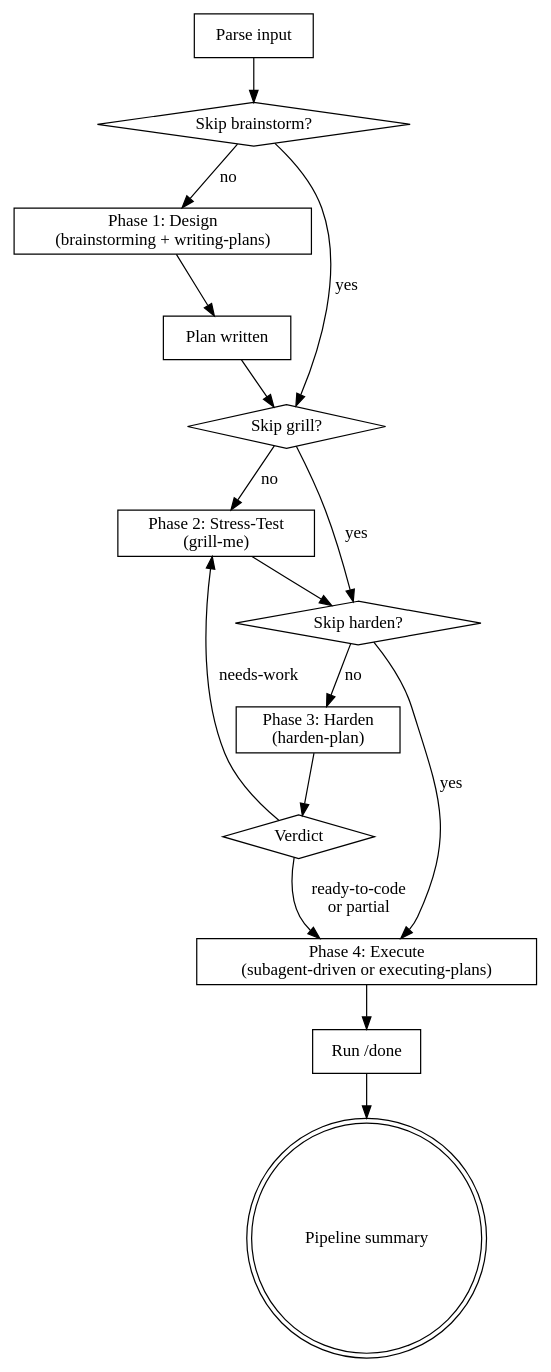
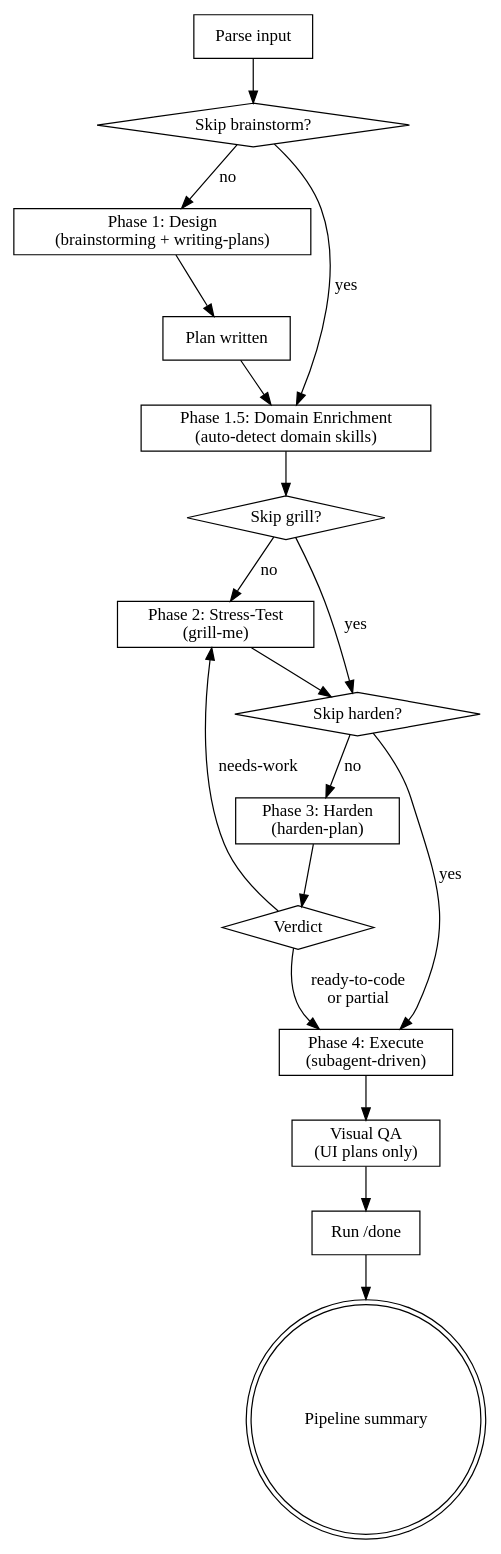
The diagram in skills/forge-plan/SKILL.md (bhagyamudgal/skills), drawn with Graphviz before and after one commit. The commit also changed other lines of this file and 2 other files, not shown here.

First line of the commit message:
feat(forge-plan): auto-flow transitions, domain enrichment, visual QA, AskUserQuestion enforcement

````diff
--- a/skills/forge-plan/SKILL.md
+++ b/skills/forge-plan/SKILL.md
@@ -30,32 +31,36 @@
 ```dot
 digraph forge_plan {
     "Parse input" [shape=box];
     "Skip brainstorm?" [shape=diamond];
     "Phase 1: Design\n(brainstorming + writing-plans)" [shape=box];
     "Plan written" [shape=box];
+    "Phase 1.5: Domain Enrichment\n(auto-detect domain skills)" [shape=box];
     "Skip grill?" [shape=diamond];
     "Phase 2: Stress-Test\n(grill-me)" [shape=box];
     "Phase 3: Harden\n(harden-plan)" [shape=box];
     "Verdict" [shape=diamond];
     "Skip harden?" [shape=diamond];
-    "Phase 4: Execute\n(subagent-driven or executing-plans)" [shape=box];
+    "Phase 4: Execute\n(subagent-driven)" [shape=box];
+    "Visual QA\n(UI plans only)" [shape=box];
     "Run /done" [shape=box];
     "Pipeline summary" [shape=doublecircle];
 
     "Parse input" -> "Skip brainstorm?";
     "Skip brainstorm?" -> "Phase 1: Design\n(brainstorming + writing-plans)" [label="no"];
-    "Skip brainstorm?" -> "Skip grill?" [label="yes"];
+    "Skip brainstorm?" -> "Phase 1.5: Domain Enrichment\n(auto-detect domain skills)" [label="yes"];
     "Phase 1: Design\n(brainstorming + writing-plans)" -> "Plan written";
-    "Plan written" -> "Skip grill?";
+    "Plan written" -> "Phase 1.5: Domain Enrichment\n(auto-detect domain skills)";
+    "Phase 1.5: Domain Enrichment\n(auto-detect domain skills)" -> "Skip grill?";
     "Skip grill?" -> "Phase 2: Stress-Test\n(grill-me)" [label="no"];
     "Skip grill?" -> "Skip harden?" [label="yes"];
     "Phase 2: Stress-Test\n(grill-me)" -> "Skip harden?";
     "Skip harden?" -> "Phase 3: Harden\n(harden-plan)" [label="no"];
-    "Skip harden?" -> "Phase 4: Execute\n(subagent-driven or executing-plans)" [label="yes"];
+    "Skip harden?" -> "Phase 4: Execute\n(subagent-driven)" [label="yes"];
     "Phase 3: Harden\n(harden-plan)" -> "Verdict";
-    "Verdict" -> "Phase 4: Execute\n(subagent-driven or executing-plans)" [label="ready-to-code\nor partial"];
+    "Verdict" -> "Phase 4: Execute\n(subagent-driven)" [label="ready-to-code\nor partial"];
     "Verdict" -> "Phase 2: Stress-Test\n(grill-me)" [label="needs-work"];
-    "Phase 4: Execute\n(subagent-driven or executing-plans)" -> "Run /done";
+    "Phase 4: Execute\n(subagent-driven)" -> "Visual QA\n(UI plans only)";
+    "Visual QA\n(UI plans only)" -> "Run /done";
     "Run /done" -> "Pipeline summary";
 }
 ```
````
